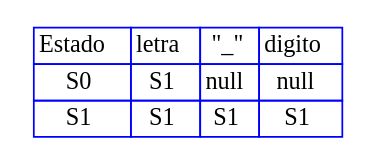
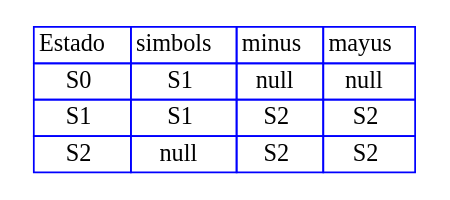
The diagram in out/production/Proyecto1/Graphviz/Transiciones21.dot (RojasCJP/Proyecto1_Compi1), drawn with Graphviz before and after one commit. The commit also changed 616 other files, not shown here.

```diff
--- a/out/production/Proyecto1/Graphviz/Transiciones21.dot
+++ b/out/production/Proyecto1/Graphviz/Transiciones21.dot
@@ -1,15 +1,16 @@
 digraph {
 
   tbl [
 
     shape=plaintext
     label=<
       <table border='0' cellborder='1' color='blue' cellspacing='0'>
-<tr><td>Estado</td><td>letra</td><td>"_"</td><td>digito</td></tr>
+<tr><td>Estado</td><td>simbols</td><td>minus</td><td>mayus</td></tr>
 <tr><td>S0</td><td>S1</td><td>null</td><td>null</td></tr>
-<tr><td>S1</td><td>S1</td><td>S1</td><td>S1</td></tr>
+<tr><td>S1</td><td>S1</td><td>S2</td><td>S2</td></tr>
+<tr><td>S2</td><td>null</td><td>S2</td><td>S2</td></tr>
 </table>
 
     >];
 
 }
```
